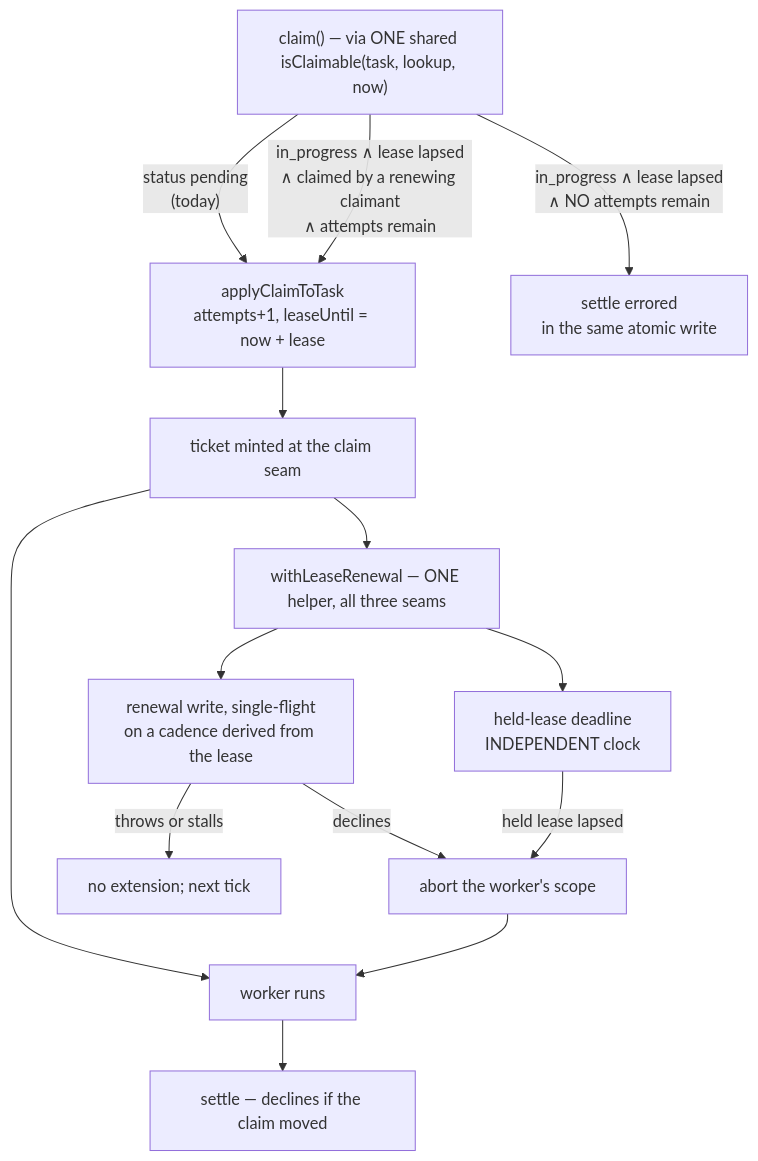
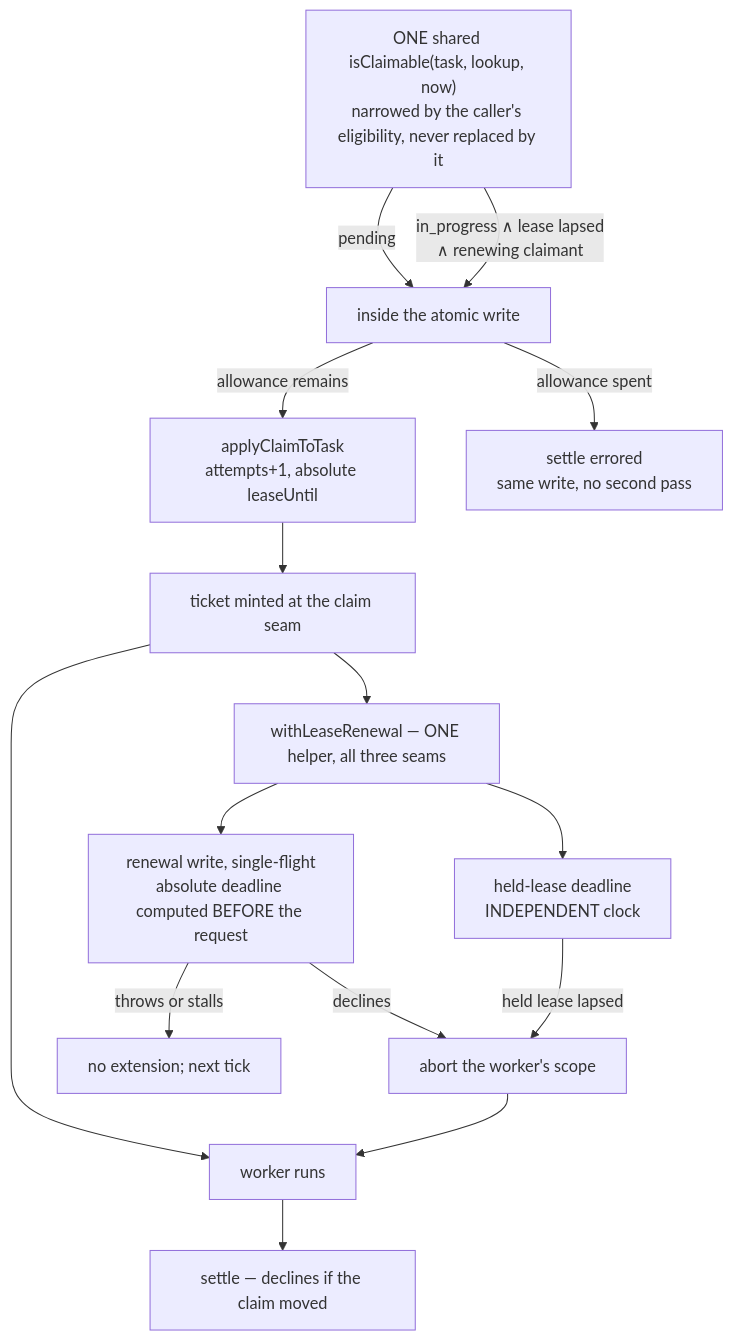
The diagram in spec/FIX-1005.md (fixpoint-labs/flow-state-dev), drawn with Mermaid before and after one commit. The commit also changed other lines of this file, not shown here.

````diff
--- a/spec/FIX-1005.md
+++ b/spec/FIX-1005.md
@@ -248,17 +284,18 @@
 ```mermaid
 flowchart TD
-  C["claim() — via ONE shared isClaimable(task, lookup, now)"]
-  C -->|"status pending<br/>(today)"| K["applyClaimToTask<br/>attempts+1, leaseUntil = now + lease"]
-  C -->|"in_progress ∧ lease lapsed<br/>∧ claimed by a renewing claimant<br/>∧ attempts remain"| K
-  C -->|"in_progress ∧ lease lapsed<br/>∧ NO attempts remain"| X["settle errored<br/>in the same atomic write"]
+  C["ONE shared isClaimable(task, lookup, now)<br/>narrowed by the caller's eligibility, never replaced by it"]
+  C -->|"pending"| W2["inside the atomic write"]
+  C -->|"in_progress ∧ lease lapsed<br/>∧ renewing claimant"| W2
+  W2 -->|"allowance remains"| K["applyClaimToTask<br/>attempts+1, absolute leaseUntil"]
+  W2 -->|"allowance spent"| X["settle errored<br/>same write, no second pass"]
   K --> T["ticket minted at the claim seam"]
   T --> W["worker runs"]
   T --> D["withLeaseRenewal — ONE helper, all three seams"]
-  D --> R["renewal write, single-flight<br/>on a cadence derived from the lease"]
+  D --> R["renewal write, single-flight<br/>absolute deadline computed BEFORE the request"]
   D --> L["held-lease deadline<br/>INDEPENDENT clock"]
   R -->|"declines"| A["abort the worker's scope"]
   R -->|"throws or stalls"| N["no extension; next tick"]
   L -->|"held lease lapsed"| A
   A --> W
   W --> S["settle — declines if the claim moved"]
 ```
````
